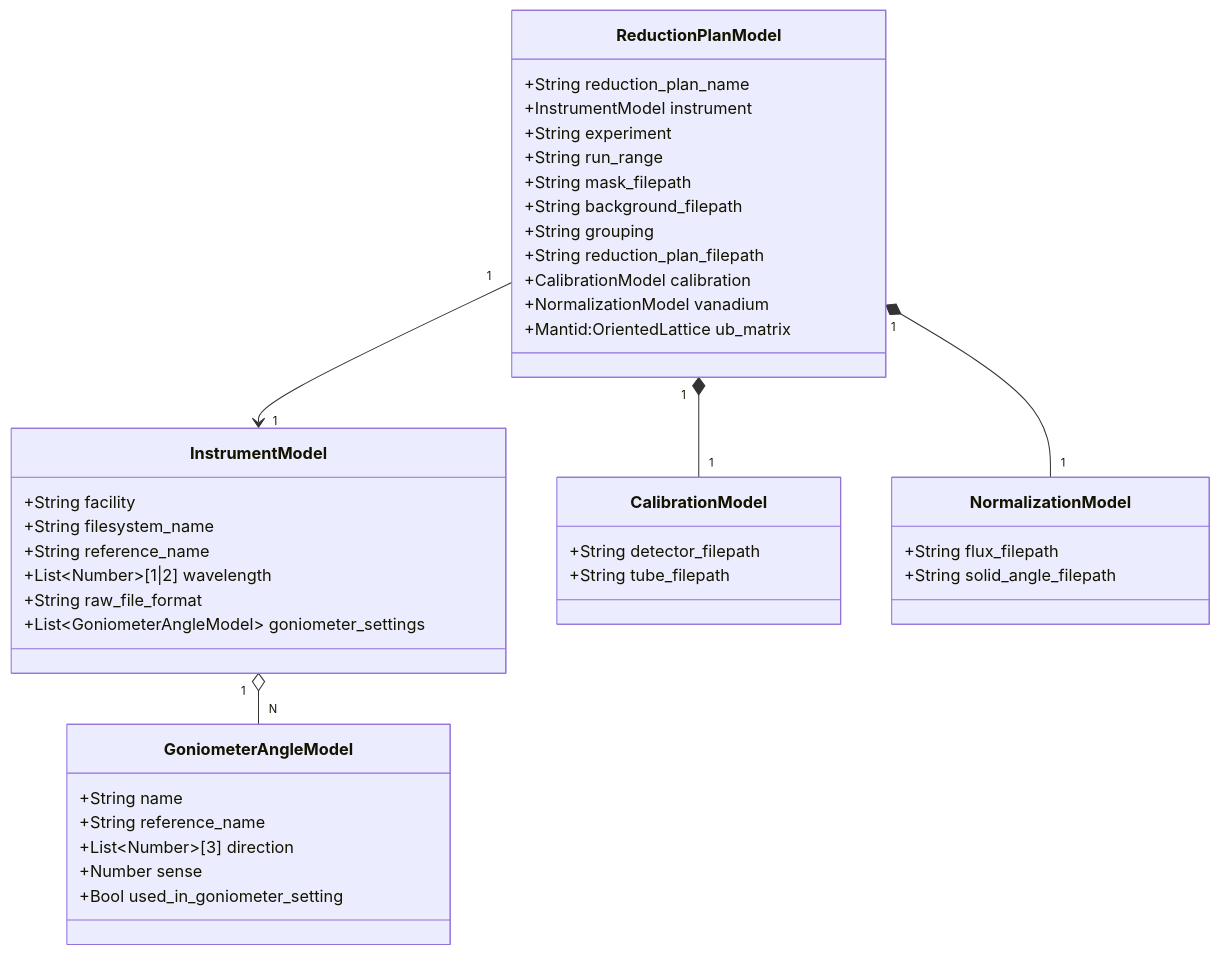
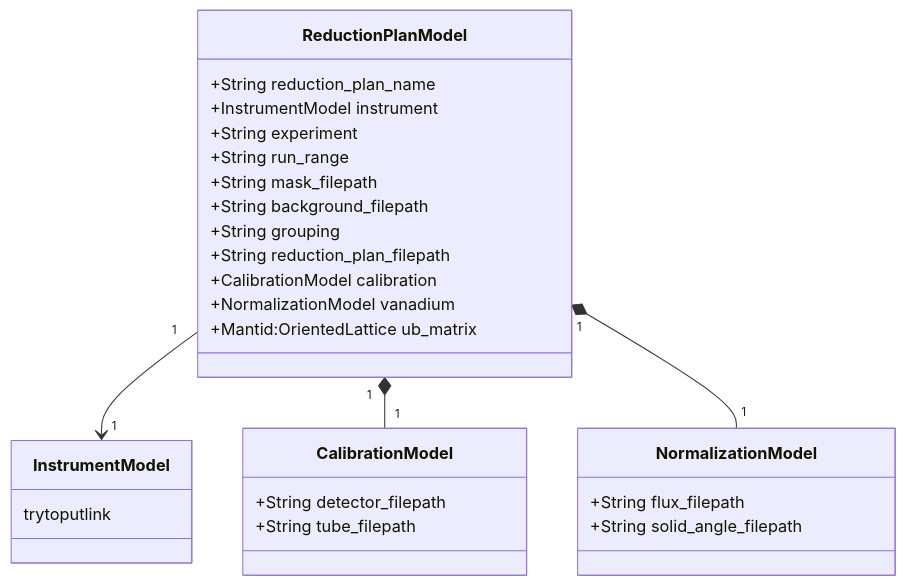
Before and after one commit to neutrons/garnet: the diagram in docs/source/design/reduction_plan.rst, drawn with Mermaid. The commit also changed 4 other files, not shown here.

```diff
--- a/docs/source/design/reduction_plan.rst
+++ b/docs/source/design/reduction_plan.rst
@@ -7,48 +7,35 @@
 .. mermaid::
 
  classDiagram
     ReductionPlanModel "1" -->"1" InstrumentModel
     ReductionPlanModel "1" *--"1" CalibrationModel
     ReductionPlanModel "1" *--"1" NormalizationModel
-    InstrumentModel "1" o--"N" GoniometerAngleModel
 
     class ReductionPlanModel{
         +String reduction_plan_name
         +InstrumentModel instrument
         +String experiment
         +String run_range
         +String mask_filepath
         +String background_filepath
         +String grouping
         +String reduction_plan_filepath
         +CalibrationModel calibration
         +NormalizationModel vanadium
         +Mantid:OrientedLattice ub_matrix
     }
 
     class InstrumentModel{
-        +String facility
-        +String filesystem_name
-        +String reference_name
-        +List~Number~[1|2] wavelength
-        +String raw_file_format
-        +List~GoniometerAngleModel~ goniometer_settings
+        trytoputlink
     }
 
-    class GoniometerAngleModel{
-        +String name
-        +String reference_name
-        +List~Number~[3] direction
-        +Number sense
-        +Bool used_in_goniometer_setting
-    }
 
     class CalibrationModel{
         +String detector_filepath
         +String tube_filepath
     }
 
     class NormalizationModel{
         +String flux_filepath
         +String solid_angle_filepath
     }
```
